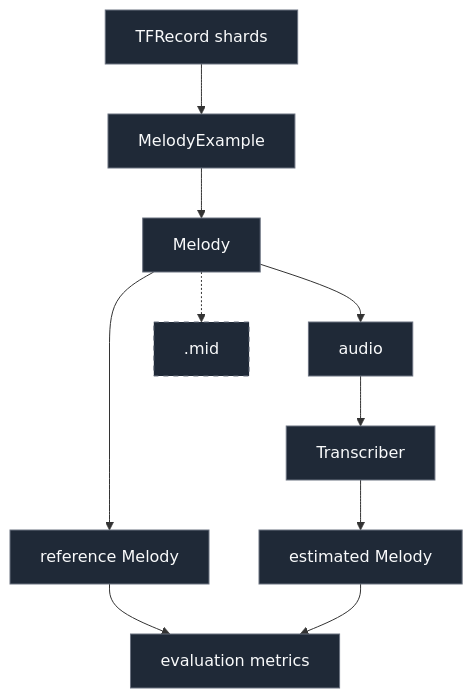
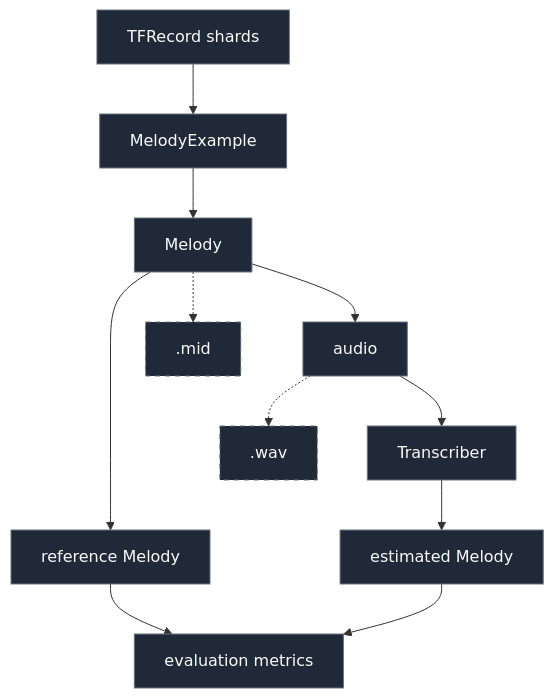
One commit to rdguzman-dev/scribr changed the diagram in README.md. Above: the diagram before and after it, drawn with Mermaid. The commit also changed other lines of this file, not shown here.

Commit message:
docs(readme): document WAV export

````diff
--- a/README.md
+++ b/README.md
@@ -151,30 +153,33 @@
 ```mermaid
 flowchart TD
     A[TFRecord shards] --> B[MelodyExample]
     B --> C[Melody]
 
     C --> F[audio]
     F --> H[Transcriber]
     H --> I[estimated Melody]
 
     C --> K[reference Melody]
     K --> J[evaluation metrics]
     I --> J
 
     C -.-> G[.mid]
+    F -.-> L[.wav]
 
     style G stroke-dasharray: 5 5
+    style L stroke-dasharray: 5 5
 
     click A "https://github.com/rdguzman-dev/scribr/blob/main/src/scribr/data/dataset.py"
     click B "https://github.com/rdguzman-dev/scribr/blob/main/src/scribr/representation/melody.py"
     click C "https://github.com/rdguzman-dev/scribr/blob/main/src/scribr/representation/melody.py"
     click F "https://github.com/rdguzman-dev/scribr/blob/main/src/scribr/synthesis/synthesizer.py"
     click H "https://github.com/rdguzman-dev/scribr/blob/main/src/scribr/transcription.py"
     click I "https://github.com/rdguzman-dev/scribr/blob/main/src/scribr/representation/melody.py"
     click K "https://github.com/rdguzman-dev/scribr/blob/main/src/scribr/representation/melody.py"
     click J "https://github.com/rdguzman-dev/scribr/blob/main/src/scribr/evaluation/metrics.py"
     click G "https://github.com/rdguzman-dev/scribr/blob/main/src/scribr/midi/writer.py"
+    click L "https://github.com/rdguzman-dev/scribr/blob/main/src/scribr/wav/writer.py"
 
     classDef clickable fill:#1f2937,stroke:#6b7280,color:#f9fafb
-    class A,B,C,F,H,I,K,J,G clickable
+    class A,B,C,F,H,I,K,J,G,L clickable
 ```
````
